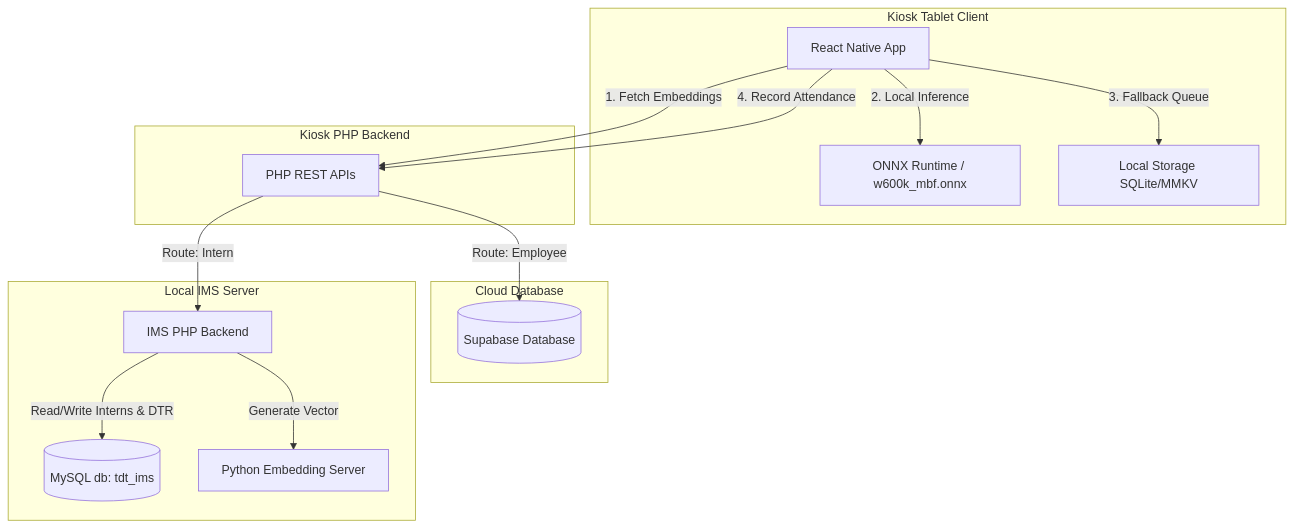
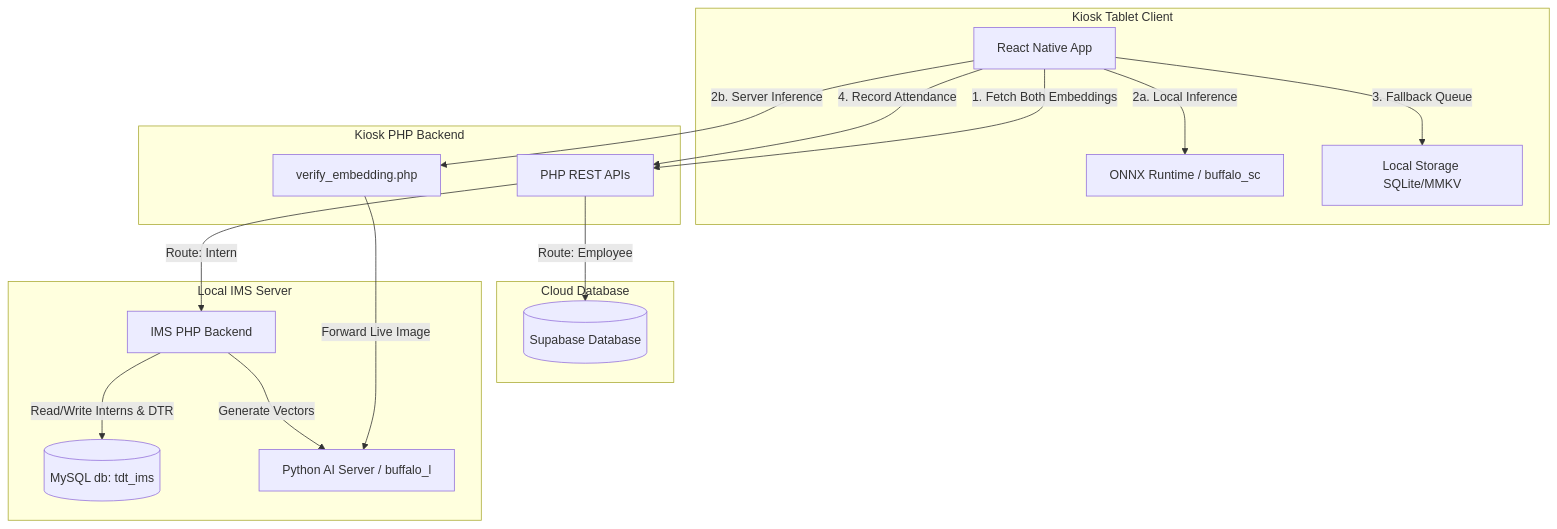
Before and after one commit to tdtpro985/ATTENDANCE-KIOSK: the diagram in ARCHITECTURE.md, drawn with Mermaid. The commit also changed other lines of this file and 53 other files, not shown here.

````diff
--- a/ARCHITECTURE.md
+++ b/ARCHITECTURE.md
@@ -11,33 +11,37 @@
 ```mermaid
 graph TD
     subgraph Client Device [Kiosk Tablet Client]
         App[React Native App]
-        ONNX[ONNX Runtime / w600k_mbf.onnx]
+        ONNX[ONNX Runtime / buffalo_sc]
         LocalDB[Local Storage SQLite/MMKV]
     end
 
     subgraph Kiosk Backend [Kiosk PHP Backend]
         API[PHP REST APIs]
+        Verify[verify_embedding.php]
     end
 
     subgraph Cloud Storage [Cloud Database]
         Supabase[(Supabase Database)]
     end
 
     subgraph Local Server [Local IMS Server]
         IMS[IMS PHP Backend]
         MySQL[(MySQL db: tdt_ims)]
-        PyServer[Python Embedding Server]
+        PyServer[Python AI Server / buffalo_l]
     end
 
-    App -->|1. Fetch Embeddings| API
-    App -->|2. Local Inference| ONNX
+    App -->|1. Fetch Both Embeddings| API
+    App -->|2a. Local Inference| ONNX
+    App -->|2b. Server Inference| Verify
+    Verify -->|Forward Live Image| PyServer
+    
     App -->|3. Fallback Queue| LocalDB
     App -->|4. Record Attendance| API
 
     API -->|Route: Employee| Supabase
     API -->|Route: Intern| IMS
 
     IMS -->|Read/Write Interns & DTR| MySQL
-    IMS -->|Generate Vector| PyServer
+    IMS -->|Generate Vectors| PyServer
 ```
````
